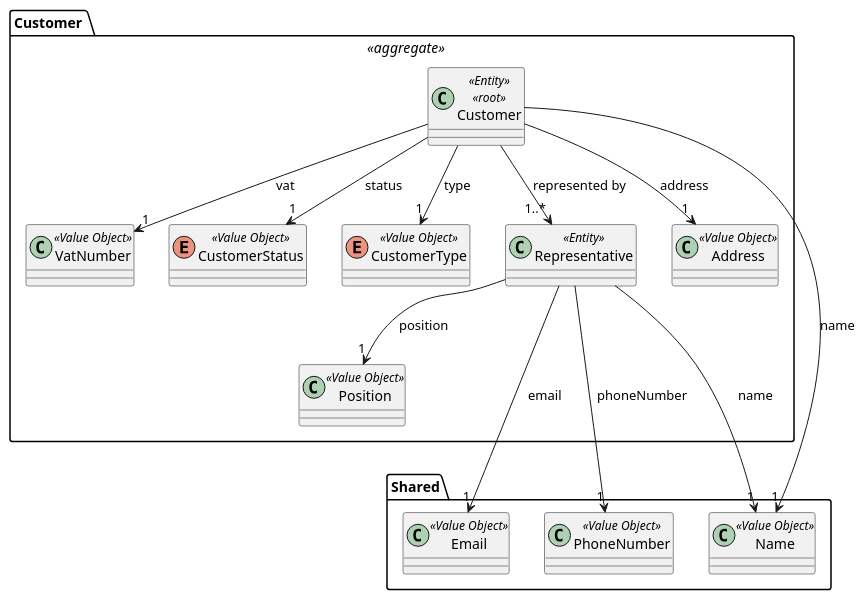
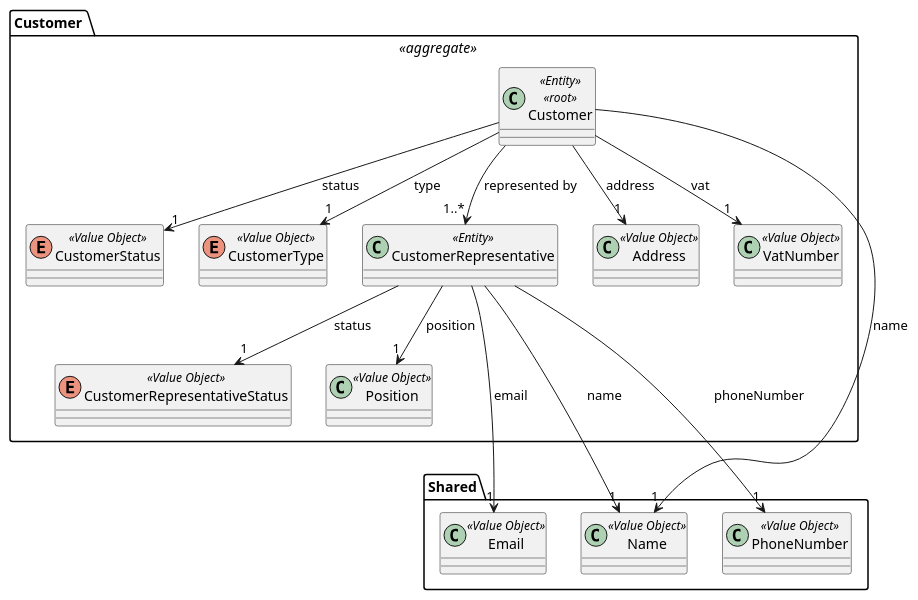
The diagram in docs/global_artifacts/analysis/puml/domain_model_customer.puml (diogoveirospro/sem4pi-2024-2025-sem4pi_2024_2025_g44), drawn with PlantUML before and after one commit. The commit also changed 6 other files, not shown here.

Commit message:
Adding the customer representative status to the domain model and updating the glossary in line with the new changes to it.

```diff
--- a/docs/global_artifacts/analysis/puml/domain_model_customer.puml
+++ b/docs/global_artifacts/analysis/puml/domain_model_customer.puml
@@ -1,57 +1,61 @@
 @startuml
 
 package "Customer " <<aggregate>> {
     class Customer <<Entity>> <<root>>{
     }
 
-    class Representative <<Entity>>{
+    class CustomerRepresentative <<Entity>>{
+    }
+
+    enum CustomerRepresentativeStatus <<Value Object>>{
     }
 
     class Address <<Value Object>>{
     }
 
     class VatNumber <<Value Object>>{
     }
 
     enum CustomerStatus <<Value Object>>{
     }
 
     enum CustomerType <<Value Object>>{
     }
 
     class Position <<Value Object>>{
     }
 
     'Customer -> x
-    Customer  --> "1..*" Representative : represented by
+    Customer  --> "1..*" CustomerRepresentative : represented by
     Customer --> "1" VatNumber : vat
     Customer --> "1" Address : address
     Customer --> "1" CustomerStatus : status
     Customer --> "1" CustomerType : type
 
     'Representative -> x
-    Representative --> "1" Position : position
+    CustomerRepresentative --> "1" Position : position
+    CustomerRepresentative --> "1" CustomerRepresentativeStatus : status
 
 }
 
 package Shared {
 
     class Name <<Value Object>>{
     }
 
     class Email <<Value Object>>{
     }
 
     class PhoneNumber <<Value Object>>{
     }
 
     'Customer -> x
     Customer ----> "1" Name : name
 
     'Representative -> x
-    Representative --> "1" Name : name
-    Representative --> "1" Email : email
-    Representative --> "1" PhoneNumber : phoneNumber
+    CustomerRepresentative --> "1" Name : name
+    CustomerRepresentative --> "1" Email : email
+    CustomerRepresentative --> "1" PhoneNumber : phoneNumber
 }
 
 @enduml
```
